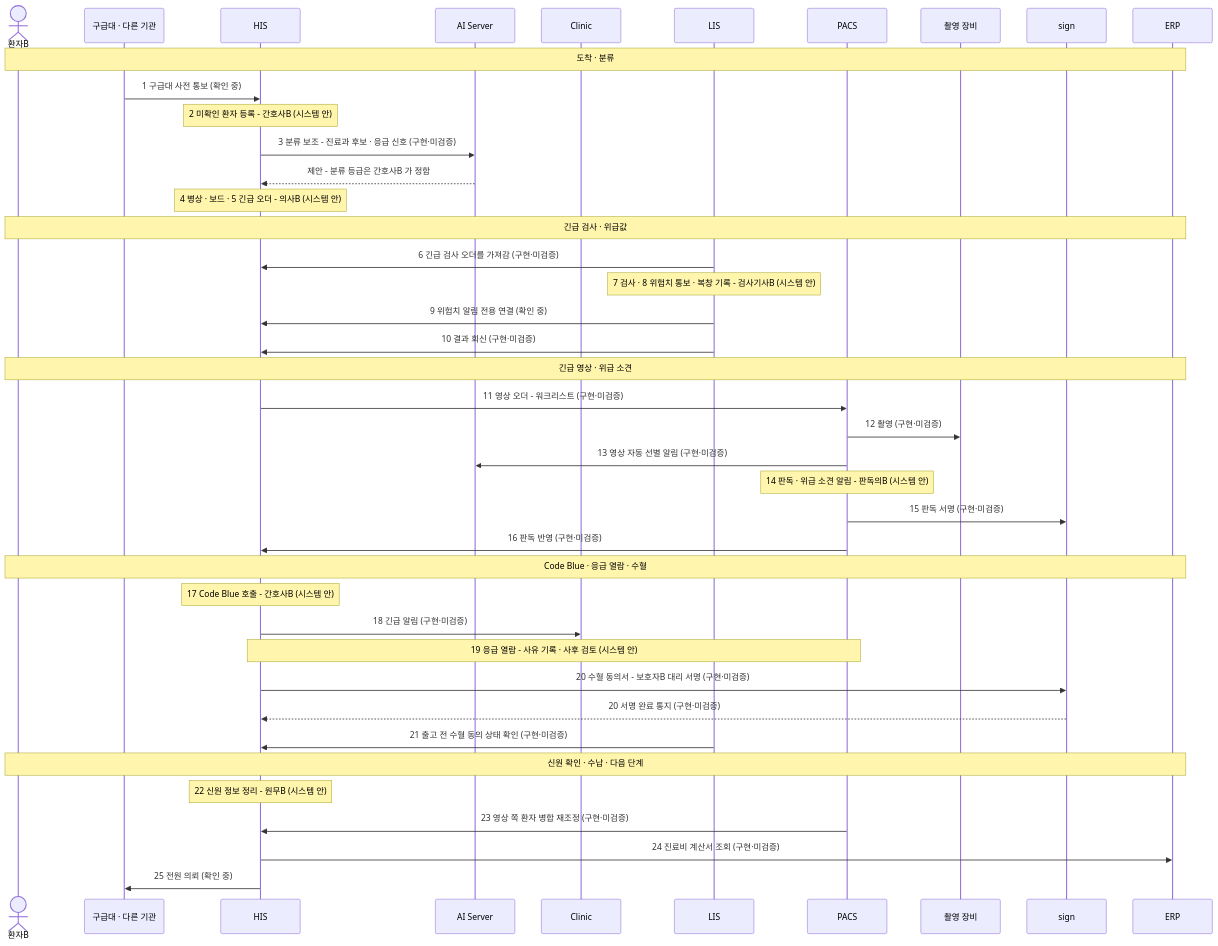
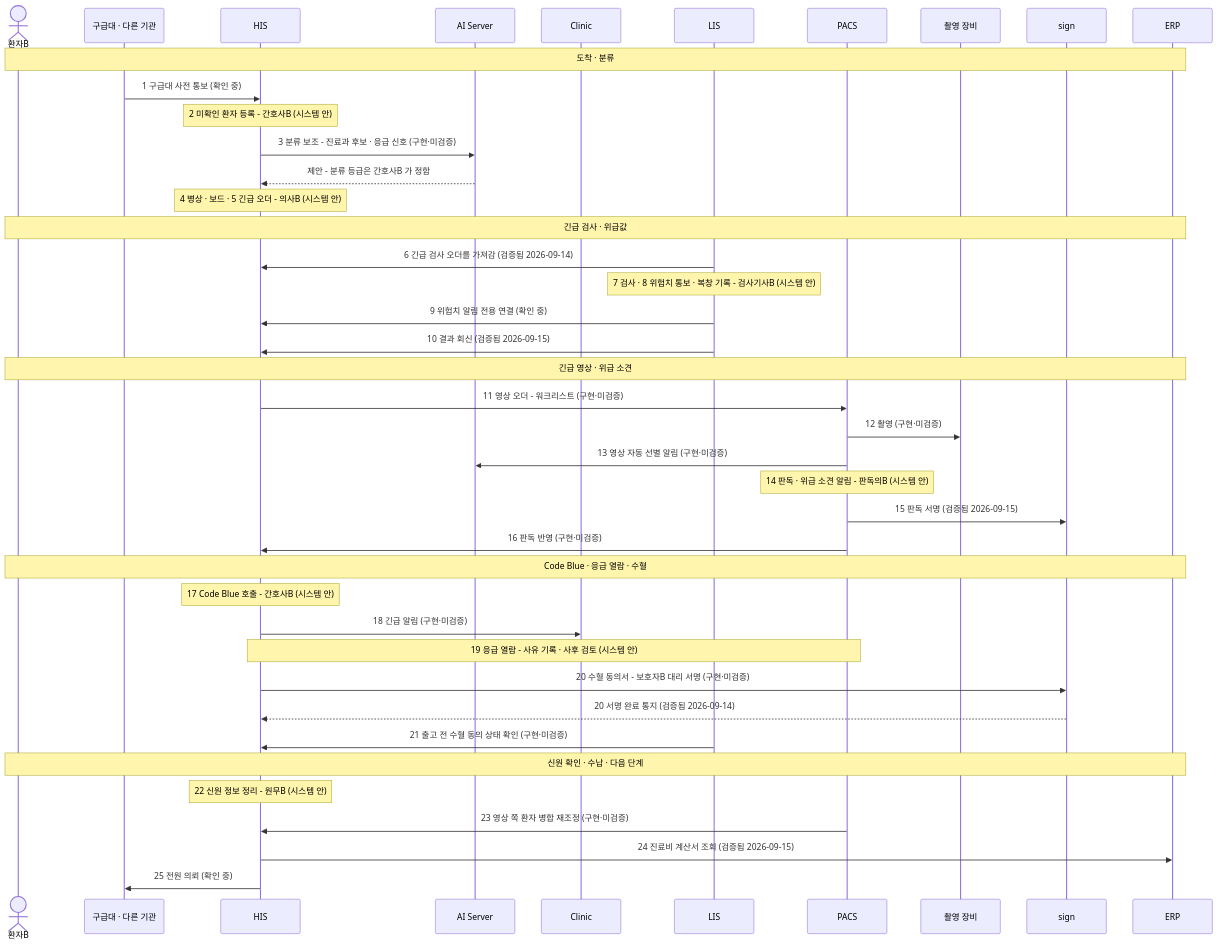
Before and after one commit to seanshin/werub-his-ecosystem: the diagram in scenarios/02-emergency.md, drawn with Mermaid. The commit also changed other lines of this file and 6 other files, not shown here.

````diff
--- a/scenarios/02-emergency.md
+++ b/scenarios/02-emergency.md
@@ -27,48 +27,48 @@
 ```mermaid
 sequenceDiagram
   actor PT as 환자B
   participant EXT as 구급대 · 다른 기관
   participant HIS as HIS
   participant AIS as AI Server
   participant CLINIC as Clinic
   participant LIS as LIS
   participant PACS as PACS
   participant MOD as 촬영 장비
   participant SIGN as sign
   participant ERP as ERP
 
   Note over PT,ERP: 도착 · 분류
   EXT->>HIS: 1 구급대 사전 통보 (확인 중)
   Note over HIS: 2 미확인 환자 등록 - 간호사B (시스템 안)
   HIS->>AIS: 3 분류 보조 - 진료과 후보 · 응급 신호 (구현·미검증)
   AIS-->>HIS: 제안 - 분류 등급은 간호사B 가 정함
   Note over HIS: 4 병상 · 보드 · 5 긴급 오더 - 의사B (시스템 안)
 
   Note over PT,ERP: 긴급 검사 · 위급값
-  LIS->>HIS: 6 긴급 검사 오더를 가져감 (구현·미검증)
+  LIS->>HIS: 6 긴급 검사 오더를 가져감 (검증됨 2026-09-14)
   Note over LIS: 7 검사 · 8 위험치 통보 · 복창 기록 - 검사기사B (시스템 안)
   LIS->>HIS: 9 위험치 알림 전용 연결 (확인 중)
-  LIS->>HIS: 10 결과 회신 (구현·미검증)
+  LIS->>HIS: 10 결과 회신 (검증됨 2026-09-15)
 
   Note over PT,ERP: 긴급 영상 · 위급 소견
   HIS->>PACS: 11 영상 오더 - 워크리스트 (구현·미검증)
   PACS->>MOD: 12 촬영 (구현·미검증)
   PACS->>AIS: 13 영상 자동 선별 알림 (구현·미검증)
   Note over PACS: 14 판독 · 위급 소견 알림 - 판독의B (시스템 안)
-  PACS->>SIGN: 15 판독 서명 (구현·미검증)
+  PACS->>SIGN: 15 판독 서명 (검증됨 2026-09-15)
   PACS->>HIS: 16 판독 반영 (구현·미검증)
 
   Note over PT,ERP: Code Blue · 응급 열람 · 수혈
   Note over HIS: 17 Code Blue 호출 - 간호사B (시스템 안)
   HIS->>CLINIC: 18 긴급 알림 (구현·미검증)
   Note over HIS,PACS: 19 응급 열람 - 사유 기록 · 사후 검토 (시스템 안)
   HIS->>SIGN: 20 수혈 동의서 - 보호자B 대리 서명 (구현·미검증)
-  SIGN-->>HIS: 20 서명 완료 통지 (구현·미검증)
+  SIGN-->>HIS: 20 서명 완료 통지 (검증됨 2026-09-14)
   LIS->>HIS: 21 출고 전 수혈 동의 상태 확인 (구현·미검증)
 
   Note over PT,ERP: 신원 확인 · 수납 · 다음 단계
   Note over HIS: 22 신원 정보 정리 - 원무B (시스템 안)
   PACS->>HIS: 23 영상 쪽 환자 병합 재조정 (구현·미검증)
-  HIS->>ERP: 24 진료비 계산서 조회 (구현·미검증)
+  HIS->>ERP: 24 진료비 계산서 조회 (검증됨 2026-09-15)
   HIS->>EXT: 25 전원 의뢰 (확인 중)
 ```
````
